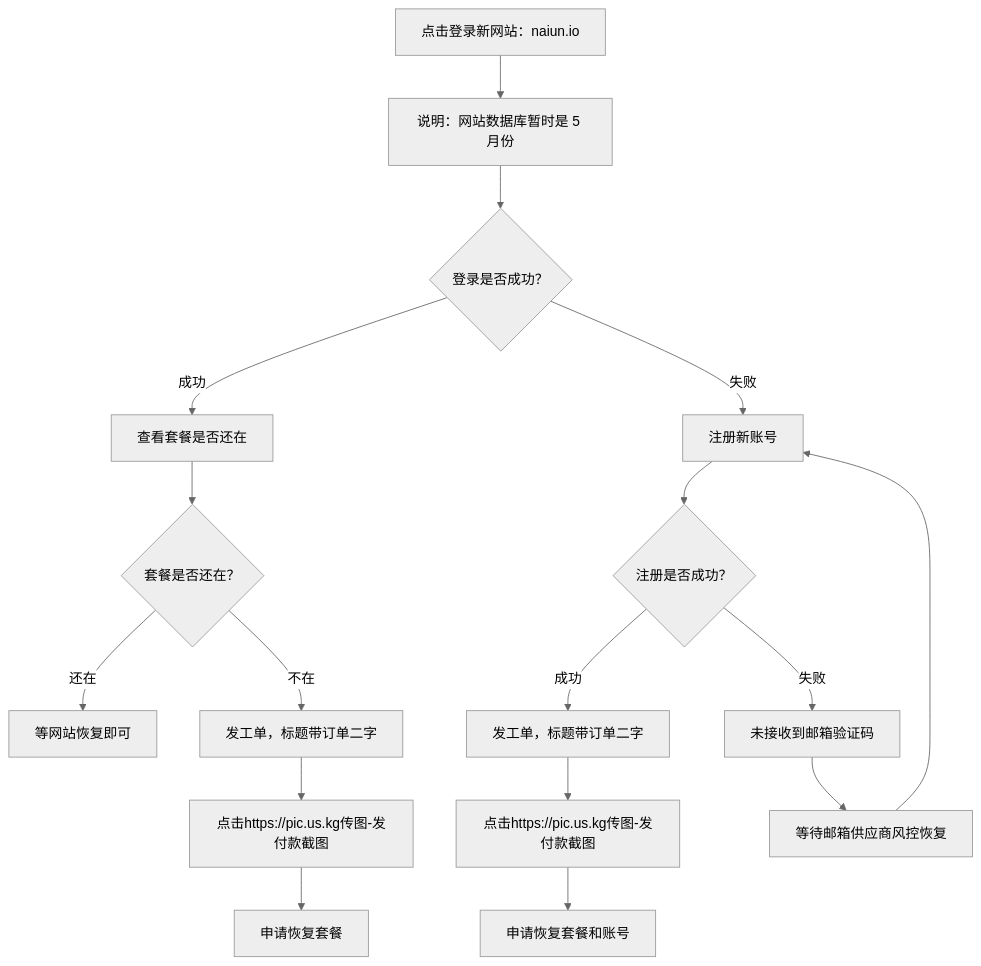
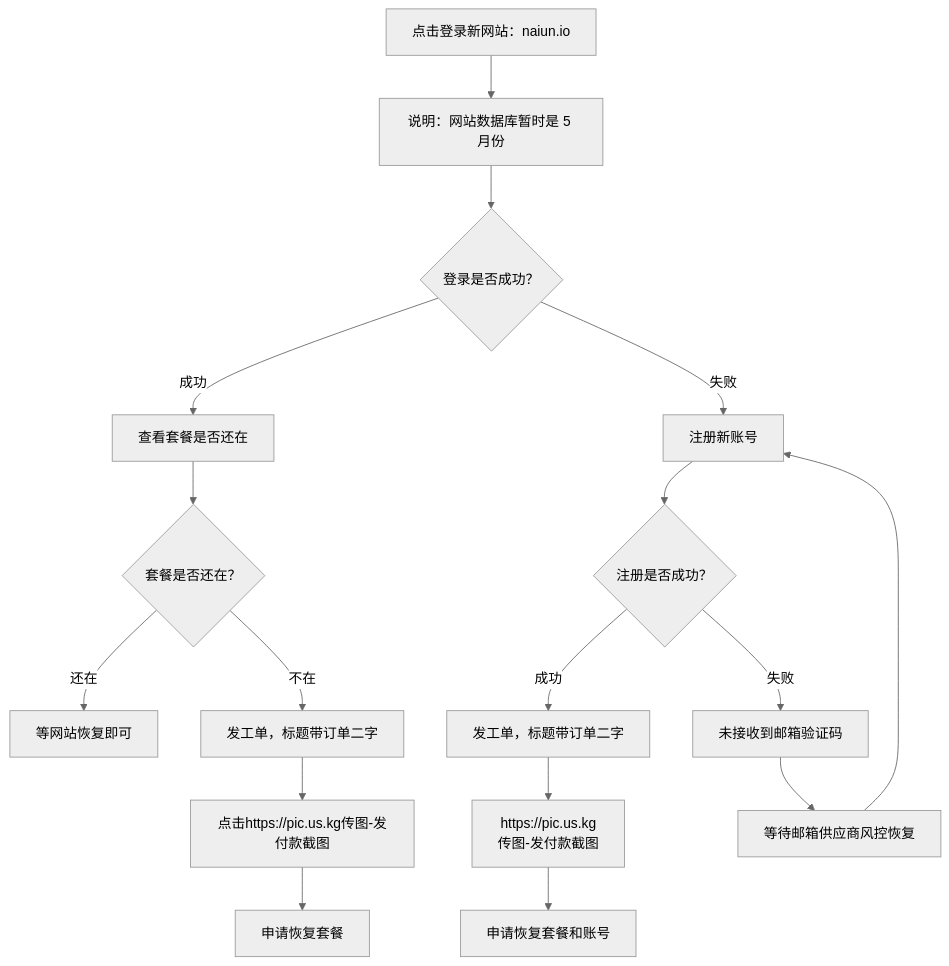
One commit to jdnei/naiyun changed the diagram in README.md. Above: the diagram before and after it, drawn with Mermaid (neutral theme).

````diff
--- a/README.md
+++ b/README.md
@@ -159,28 +159,28 @@
 ```mermaid
 flowchart TD
     B[点击登录新网站：naiun.io]
     B --> C[说明：网站数据库暂时是 5 月份]
     C --> D{登录是否成功？}
 
     D -->|成功| E[查看套餐是否还在]
     E --> F{套餐是否还在？}
 
     F -->|还在| G[等网站恢复即可]
     F -->|不在| H[发工单，标题带订单二字]
     H --> I[点击https://pic.us.kg传图-发付款截图]
     I --> J[申请恢复套餐]
 
     D -->|失败| K[注册新账号]
     K --> L{注册是否成功？}
 
     L -->|成功| M[发工单，标题带订单二字]
-    M --> N[点击https://pic.us.kg传图-发付款截图]
+    M --> N["https://pic.us.kg</br>传图-发付款截图"]
     N --> O[申请恢复套餐和账号]
 
     L -->|失败| P[未接收到邮箱验证码]
     P --> Q[等待邮箱供应商风控恢复]
     Q --> K
-    click B "https://naiun.io/#/register?code=KacwlzHN" "打开 naiun.io"
-    click I "https://pic.us.kg" "打开 pic.us.kg"
-    click N "https://pic.us.kg" "打开 pic.us.kg"
+    click B "https://naiun.io/#/register?code=KacwlzHN" "打开 naiun.io" _blank
+    click I "https://pic.us.kg" "打开 pic.us.kg" _blank
+    click N "https://pic.us.kg" "打开 pic.us.kg" _blank
 ```
````
